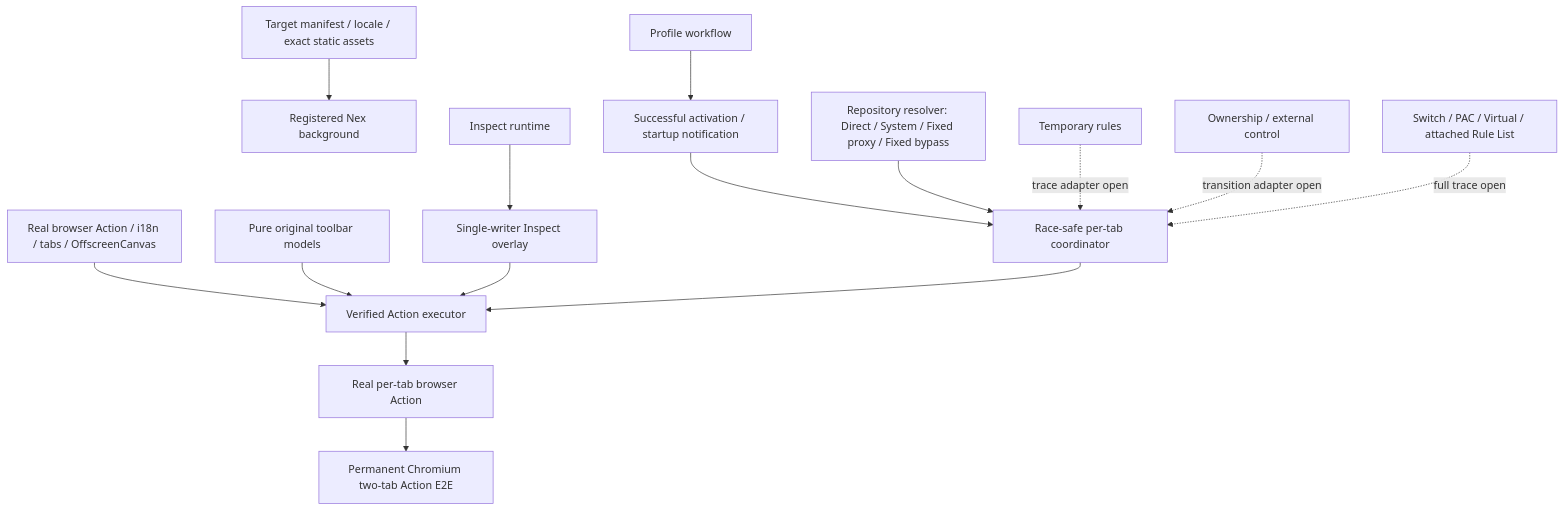
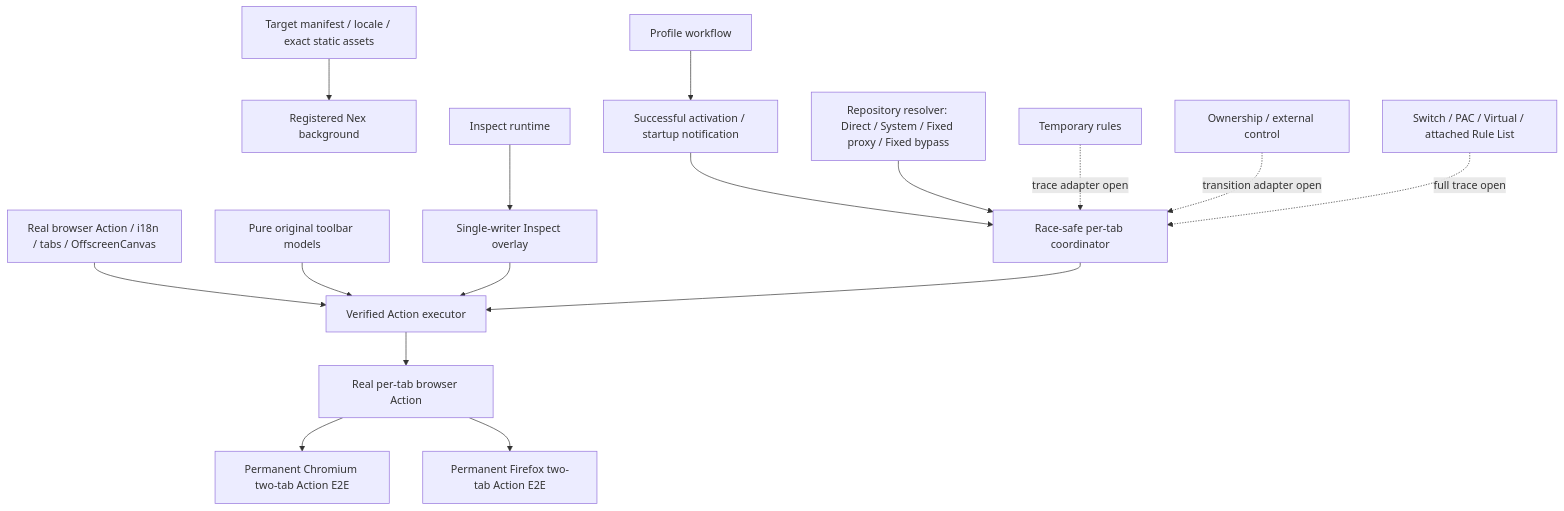
The second of 2 diagrams in docs/DELIVERY_ORDER_01_TOOLBAR_STATE.md (ChriX-Goh/ZeroOmega-Nex), drawn with Mermaid before and after one commit. The commit also changed other lines of this file and 5 other files, not shown here.

Commit message:
docs: sync Firefox toolbar Action checkpoint

````diff
--- a/docs/DELIVERY_ORDER_01_TOOLBAR_STATE.md
+++ b/docs/DELIVERY_ORDER_01_TOOLBAR_STATE.md
@@ -143,17 +145,18 @@
 ```mermaid
 graph TD
   M[Target manifest / locale / exact static assets] --> B[Registered Nex background]
   API[Real browser Action / i18n / tabs / OffscreenCanvas] --> EXEC[Verified Action executor]
   PURE[Pure original toolbar models] --> EXEC
   WF[Profile workflow] --> NOTICE[Successful activation / startup notification]
   NOTICE --> COORD[Race-safe per-tab coordinator]
   RES[Repository resolver: Direct / System / Fixed proxy / Fixed bypass] --> COORD
   INSPECT[Inspect runtime] --> OVERLAY[Single-writer Inspect overlay]
   OVERLAY --> EXEC
   COORD --> EXEC
   EXEC --> ACTION[Real per-tab browser Action]
   ACTION --> CHROME[Permanent Chromium two-tab Action E2E]
+  ACTION --> FIREFOX[Permanent Firefox two-tab Action E2E]
   TEMP[Temporary rules] -. trace adapter open .-> COORD
   OWN[Ownership / external control] -. transition adapter open .-> COORD
   INCLUSIVE[Switch / PAC / Virtual / attached Rule List] -. full trace open .-> COORD
 ```
````
